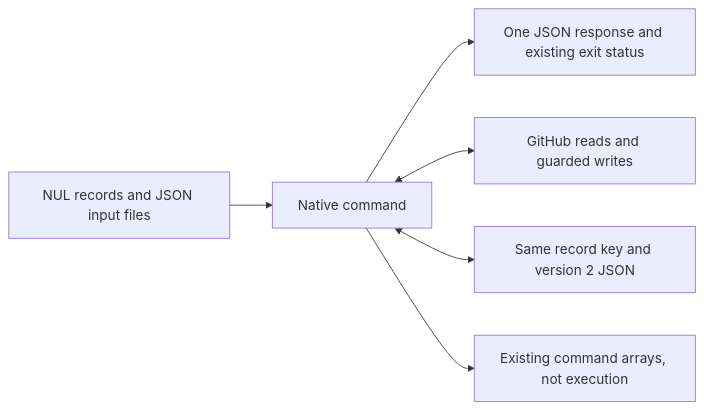
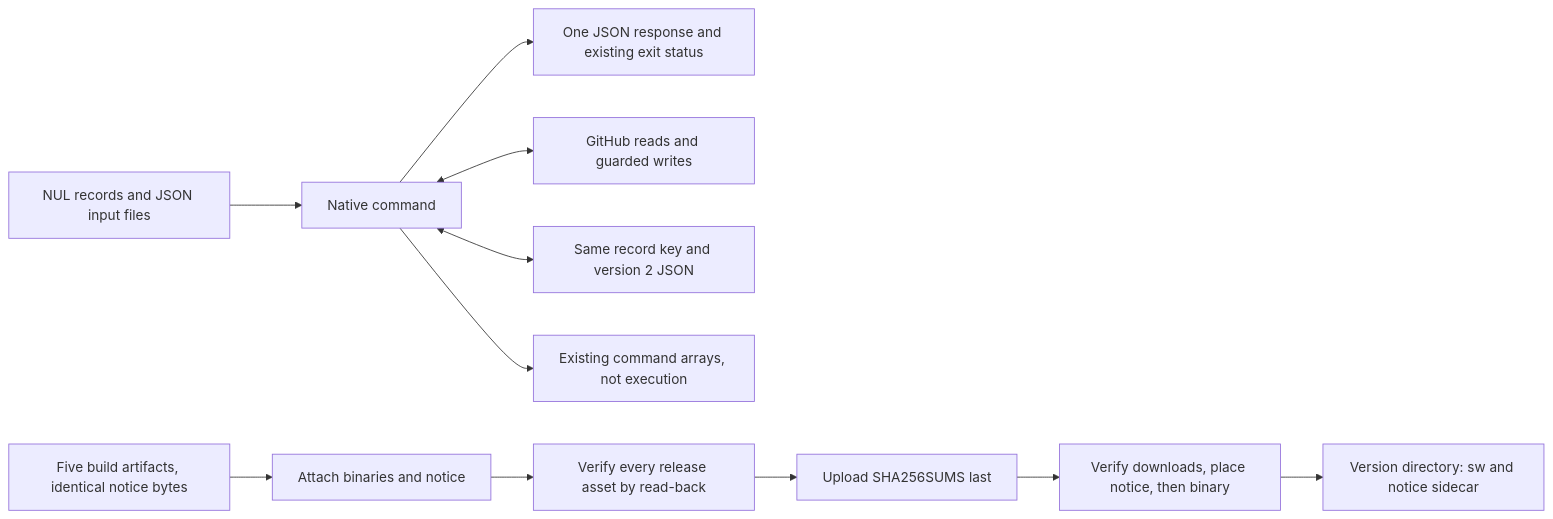
The fourth of 4 diagrams in openspec/changes/native-cli-pr-pair-flow/design.md (sh1ny/specwright), drawn with Mermaid before and after one commit. The commit also changed other lines of this file and 5 other files, not shown here.

First line of the commit message:
feat(native-cli-pr-pair-flow): amend notice and HTML5 contracts

````diff
--- a/openspec/changes/native-cli-pr-pair-flow/design.md
+++ b/openspec/changes/native-cli-pr-pair-flow/design.md
@@ -171,8 +183,13 @@
 ```mermaid
 flowchart LR
   Input[NUL records and JSON input files] --> Command[Native command]
   Command --> Output[One JSON response and existing exit status]
   Command <--> GitHub[GitHub reads and guarded writes]
   Command <--> Disk[Same record key and version 2 JSON]
   Command --> Plans[Existing command arrays, not execution]
+  Build[Five build artifacts, identical notice bytes] --> Attach[Attach binaries and notice]
+  Attach --> ReadBack[Verify every release asset by read-back]
+  ReadBack --> Seal[Upload SHA256SUMS last]
+  Seal --> Install[Verify downloads, place notice, then binary]
+  Install --> Beside[Version directory: sw and notice sidecar]
 ```
````
